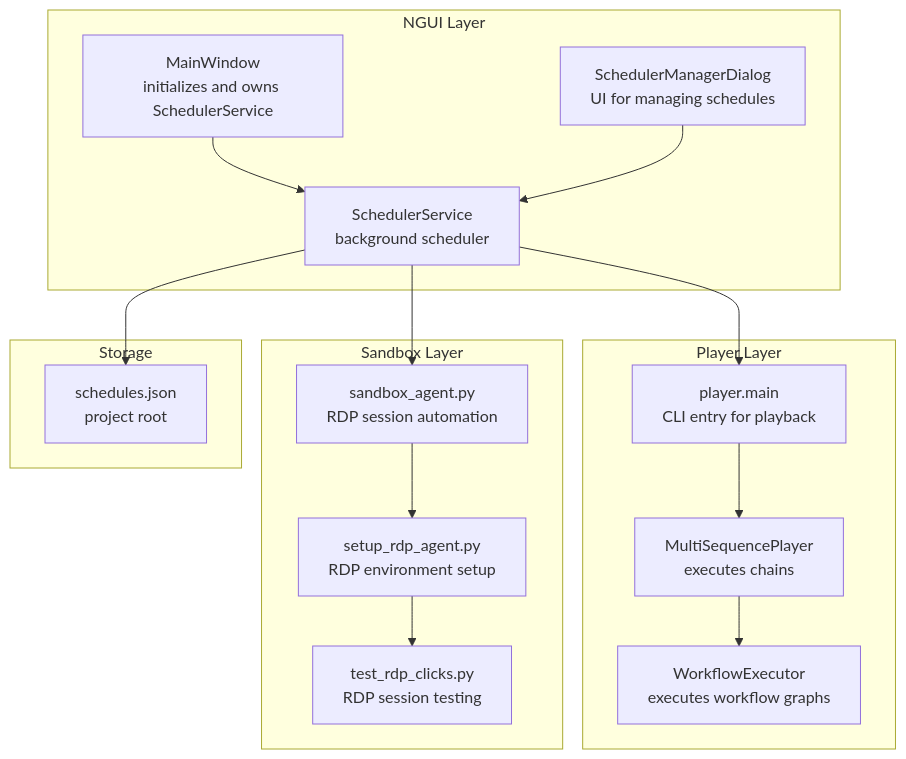
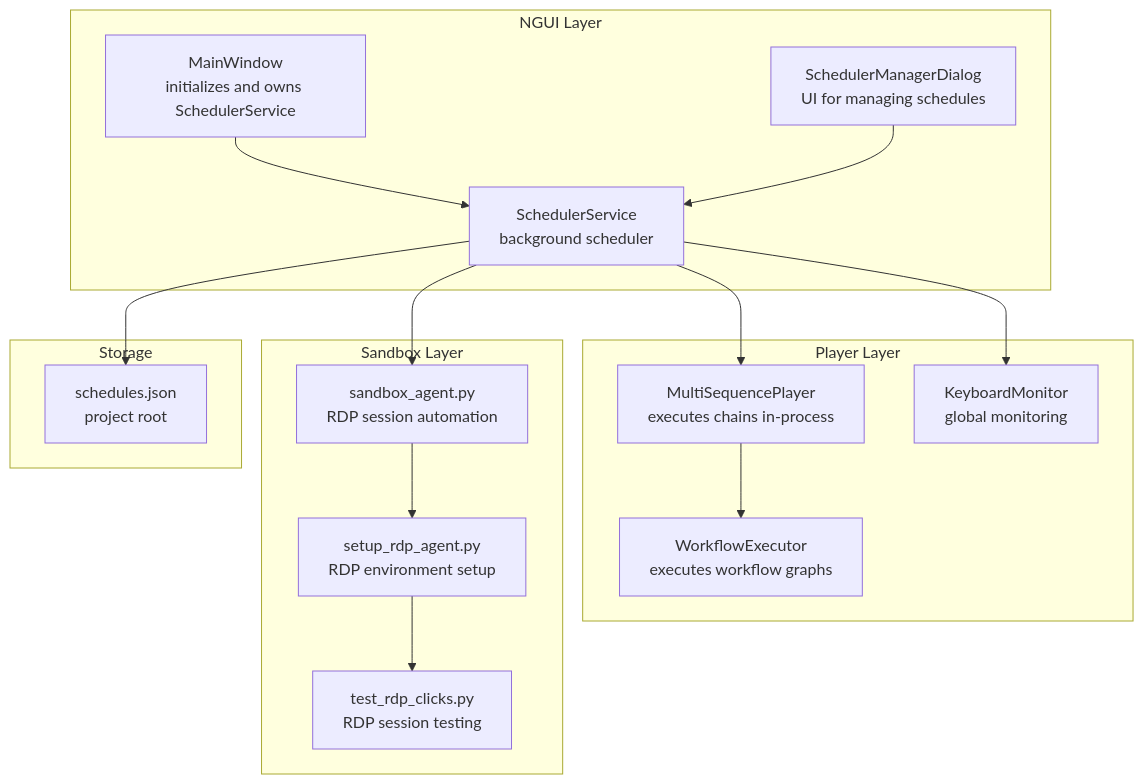
One commit to RodrigoBenitez343/Arrow changed the first of 5 diagrams in .qoder/repowiki/en/content/Scheduler Service.md. Above: the diagram before and after it, drawn with Mermaid. The commit also changed other lines of this file and 53 other files, not shown here.

````diff
--- a/.qoder/repowiki/en/content/Scheduler Service.md
+++ b/.qoder/repowiki/en/content/Scheduler Service.md
@@ -43,30 +43,30 @@
 ```mermaid
 graph TB
 subgraph "NGUI Layer"
 MW["MainWindow<br/>initializes and owns SchedulerService"]
 SD["SchedulerService<br/>background scheduler"]
 Dlg["SchedulerManagerDialog<br/>UI for managing schedules"]
 end
 subgraph "Player Layer"
-PMain["player.main<br/>CLI entry for playback"]
-MSP["MultiSequencePlayer<br/>executes chains"]
+MSP["MultiSequencePlayer<br/>executes chains in-process"]
 WExec["WorkflowExecutor<br/>executes workflow graphs"]
+KBMon["KeyboardMonitor<br/>global monitoring"]
 end
 subgraph "Sandbox Layer"
 SandboxAgent["sandbox_agent.py<br/>RDP session automation"]
 RDPSetup["setup_rdp_agent.py<br/>RDP environment setup"]
 RDPCliTest["test_rdp_clicks.py<br/>RDP session testing"]
 end
 subgraph "Storage"
 JSON["schedules.json<br/>project root"]
 end
 MW --> SD
 Dlg --> SD
 SD --> JSON
-SD --> PMain
-PMain --> MSP
+SD --> MSP
 MSP --> WExec
+SD --> KBMon
 SD --> SandboxAgent
 SandboxAgent --> RDPSetup
 RDPSetup --> RDPCliTest
 ```
````
